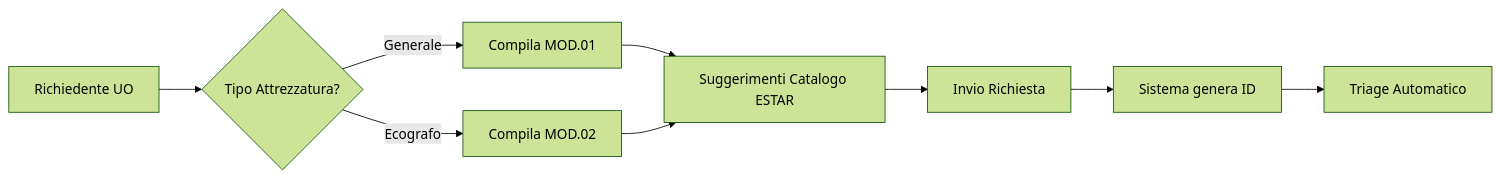
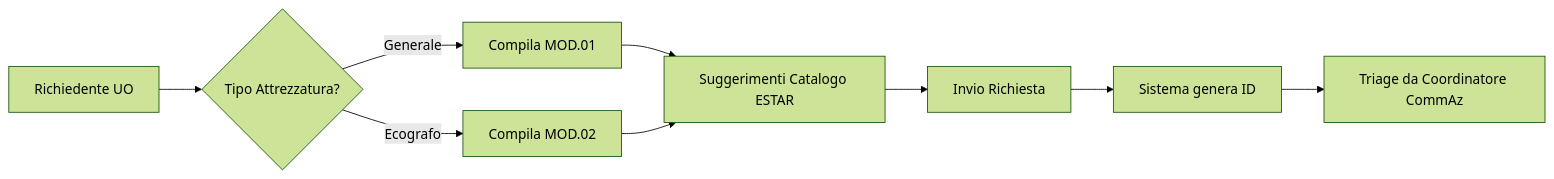
The diagram in WORKFLOW.md (ssurli/gestionale_richieste_TS), drawn with Mermaid (forest theme) before and after one commit. The commit also changed other lines of this file and 5 other files, not shown here.

````diff
--- a/WORKFLOW.md
+++ b/WORKFLOW.md
@@ -38,11 +38,11 @@
 ```mermaid
 graph LR
     A[Richiedente UO] --> B{Tipo Attrezzatura?}
     B -->|Generale| C[Compila MOD.01]
     B -->|Ecografo| D[Compila MOD.02]
     C --> E[Suggerimenti Catalogo ESTAR]
     D --> E
     E --> F[Invio Richiesta]
     F --> G[Sistema genera ID]
-    G --> H[Triage Automatico]
+    G --> H[Triage da Coordinatore CommAz]
 ```
````
